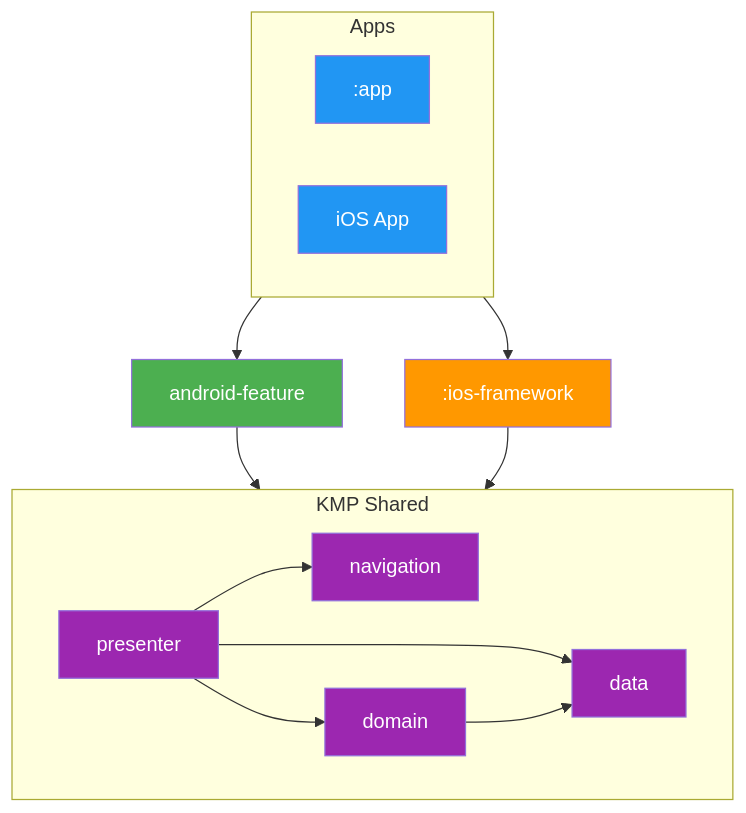
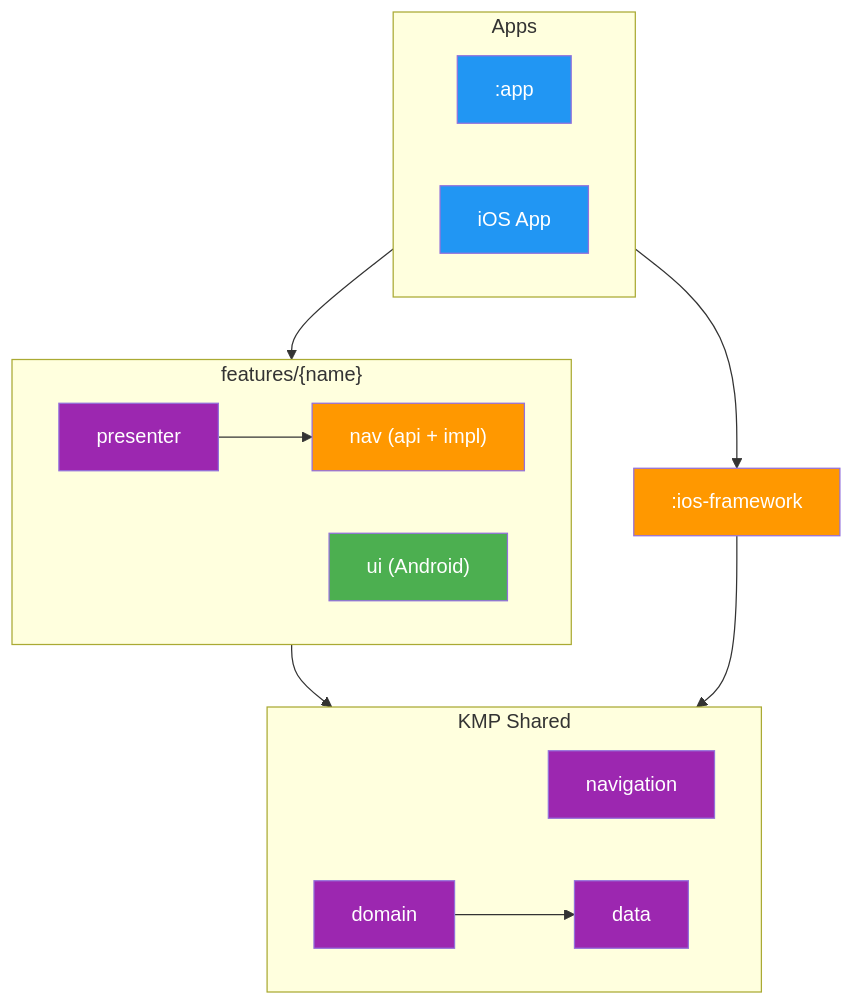
The diagram in docs/architecture/MODULARIZATION.md (thomaskioko/tv-maniac), drawn with Mermaid before and after one commit. The commit also changed other lines of this file and 473 other files, not shown here.

````diff
--- a/docs/architecture/MODULARIZATION.md
+++ b/docs/architecture/MODULARIZATION.md
@@ -9,37 +9,41 @@
 ```mermaid
 graph TD
     subgraph Apps["Apps"]
         direction LR
         ANDROID[":app"]
         IOSAPP["iOS App"]
     end
 
-    AF["android-feature"]
     IOSFW[":ios-framework"]
+
+    subgraph Features["features/{name}"]
+        direction LR
+        FP["presenter"]
+        FU["ui (Android)"]
+        FN["nav (api + impl)"]
+        FP --> FN
+    end
 
     subgraph Shared["KMP Shared"]
         direction LR
-        P["presenter"]
         NAV["navigation"]
         DOM["domain"]
         DATA["data"]
-        P --> NAV
-        P --> DOM
-        P --> DATA
         DOM --> DATA
     end
 
-    ANDROID --> AF
-    AF --> Shared
+    ANDROID --> Features
+    Features --> Shared
     IOSAPP --> IOSFW
     IOSFW --> Shared
 
     style ANDROID fill:#2196F3,color:#fff
     style IOSAPP fill:#2196F3,color:#fff
-    style AF fill:#4CAF50,color:#fff
+    style FP fill:#9C27B0,color:#fff
+    style FU fill:#4CAF50,color:#fff
+    style FN fill:#FF9800,color:#fff
     style IOSFW fill:#FF9800,color:#fff
-    style P fill:#9C27B0,color:#fff
     style NAV fill:#9C27B0,color:#fff
     style DOM fill:#9C27B0,color:#fff
     style DATA fill:#9C27B0,color:#fff
 ```
````
